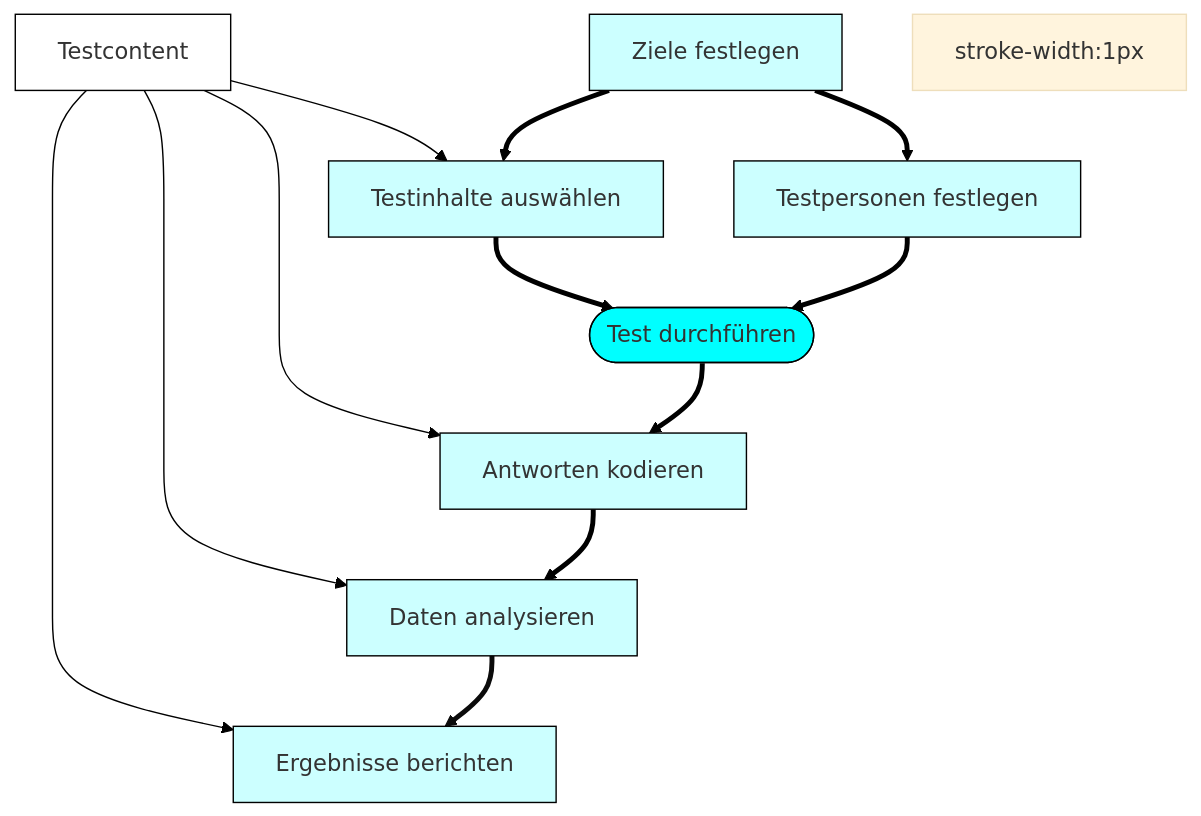
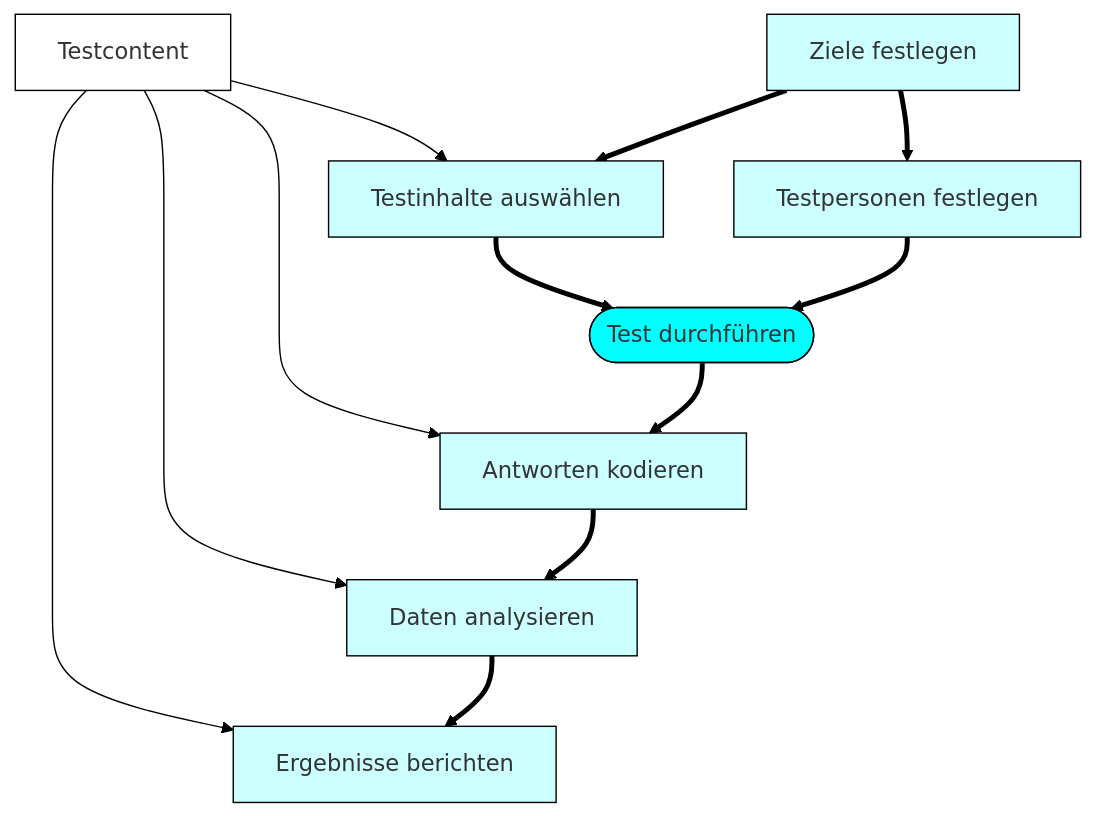
Before and after one commit to iqb-berlin/rising-stars: the first of 2 diagrams in survey/index.qmd, drawn with Mermaid (base theme).

````diff
--- a/survey/index.qmd
+++ b/survey/index.qmd
@@ -8,29 +8,29 @@
 ```{mermaid}
 flowchart TD
     classDef test fill:#0ff,stroke:black;
     classDef others fill:#cff,stroke:black;
     classDef input fill:#fff,stroke:black;
     goals[Ziele festlegen]:::others
     sc[Testinhalte auswählen]:::others
     td[Testpersonen festlegen]:::others
     tr([Test durchführen]):::test
     cr[Antworten kodieren]:::others
     ra[Daten analysieren]:::others
     fb[Ergebnisse berichten]:::others
     Testcontent:::input
 
     Testcontent --> sc
     goals ==> sc
     goals ==> td
     sc ==> tr
     td ==> tr
     Testcontent --> cr
     tr ==> cr
     Testcontent --> ra
     cr ==> ra
     Testcontent --> fb
     ra ==> fb
-    linkStyle 1,2,3,4,6,8 stroke:black
-    linkStyle 0,5,7,9 stroke:black;stroke-width:1px;
+    linkStyle 1,2,3,4,6,8,10 stroke:black
+    linkStyle 0,5,7,9 stroke:black,stroke-width:1px;
 
 ```
````
